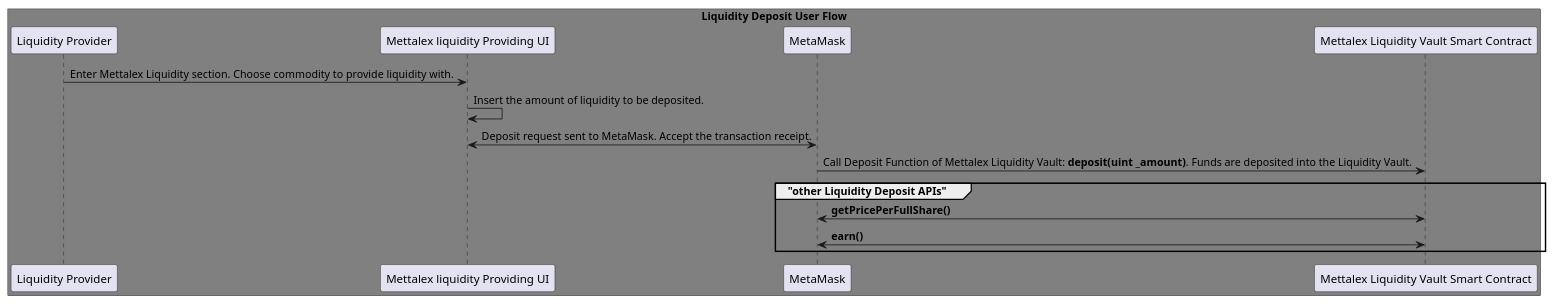
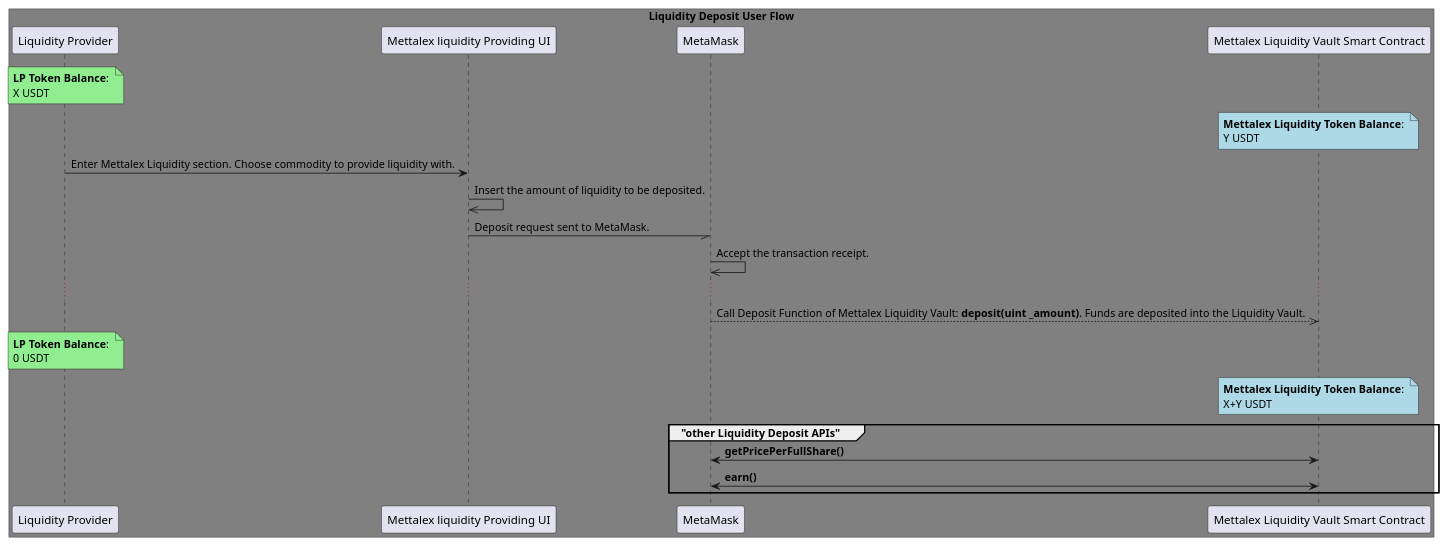
One commit to fetchai/mettalex-documentation changed the diagram in PlantUML and png diagrams/Deposit APIs.puml. Above: the diagram before and after it, drawn with PlantUML. The commit also changed 4 other files, not shown here.

Commit message:
PlantUML Diagrams

```diff
--- a/PlantUML and png diagrams/Deposit APIs.puml
+++ b/PlantUML and png diagrams/Deposit APIs.puml
@@ -1,22 +1,30 @@
 @startuml
 
 box "Liquidity Deposit User Flow" #grey
 participant "Liquidity Provider" as LP
 participant "Mettalex liquidity Providing UI" as LPUI
 participant "MetaMask" as MM
 participant "Mettalex Liquidity Vault Smart Contract" as LVSM
 
 end box
 
+note over LP #lightgreen: **LP Token Balance**: \nX USDT
+note over LVSM #lightblue: **Mettalex Liquidity Token Balance**: \nY USDT
+
 LP -> LPUI: Enter Mettalex Liquidity section. Choose commodity to provide liquidity with.
-LPUI -> LPUI: Insert the amount of liquidity to be deposited.
-LPUI <-> MM: Deposit request sent to MetaMask. Accept the transaction receipt.
-MM -> LVSM: Call Deposit Function of Mettalex Liquidity Vault: **deposit(uint _amount)**. Funds are deposited into the Liquidity Vault.
+LPUI ->> LPUI: Insert the amount of liquidity to be deposited.
+LPUI -// MM: Deposit request sent to MetaMask.
+MM ->> MM: Accept the transaction receipt.
+...
+MM -->> LVSM: Call Deposit Function of Mettalex Liquidity Vault: **deposit(uint _amount)**. Funds are deposited into the Liquidity Vault.
+
+note over LP #lightgreen: **LP Token Balance**: \n0 USDT
+note over LVSM #lightblue: **Mettalex Liquidity Token Balance**: \nX+Y USDT
 
 group "other Liquidity Deposit APIs"
 MM <-> LVSM: **getPricePerFullShare()**
 MM <-> LVSM: **earn()**
 
 end group
 
 @enduml
```
